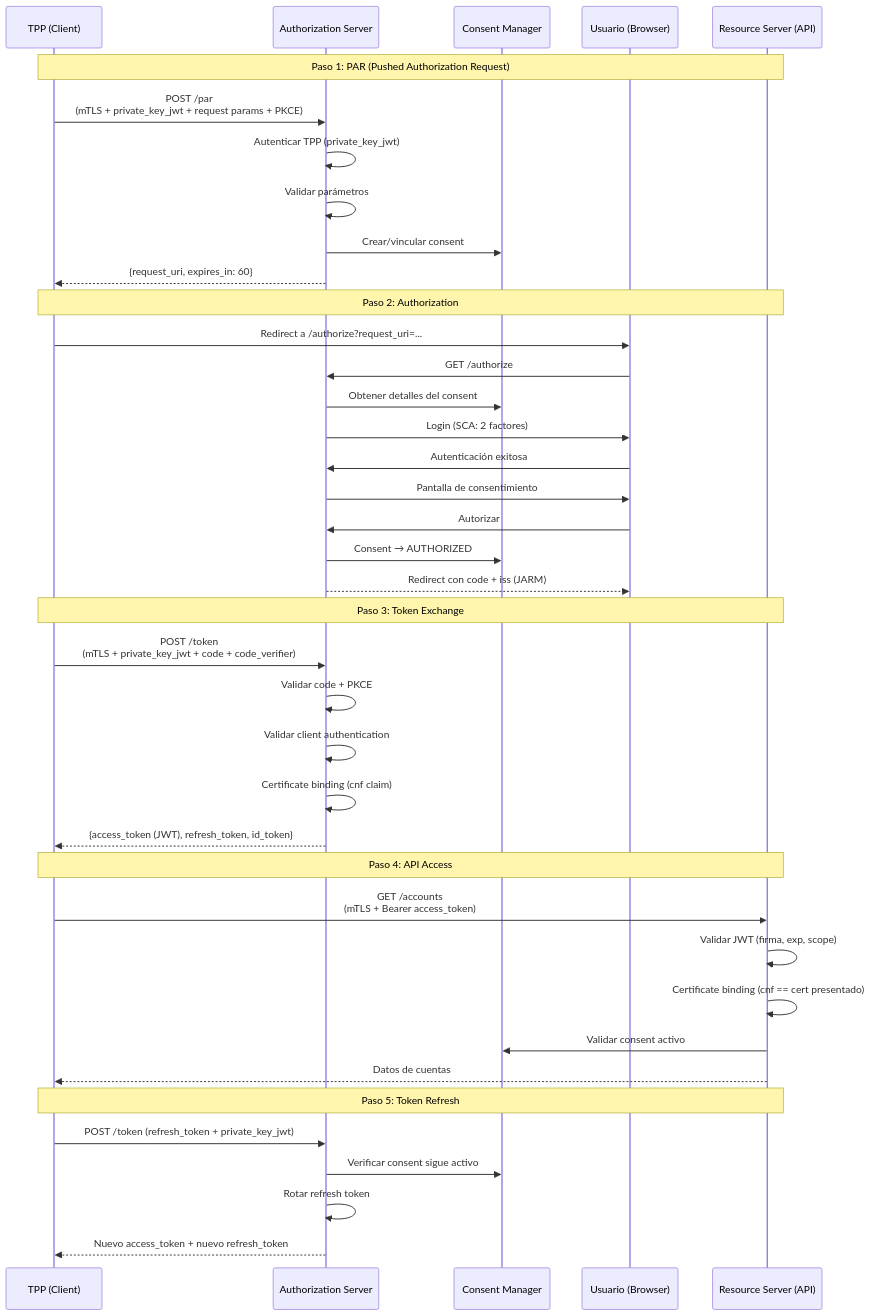
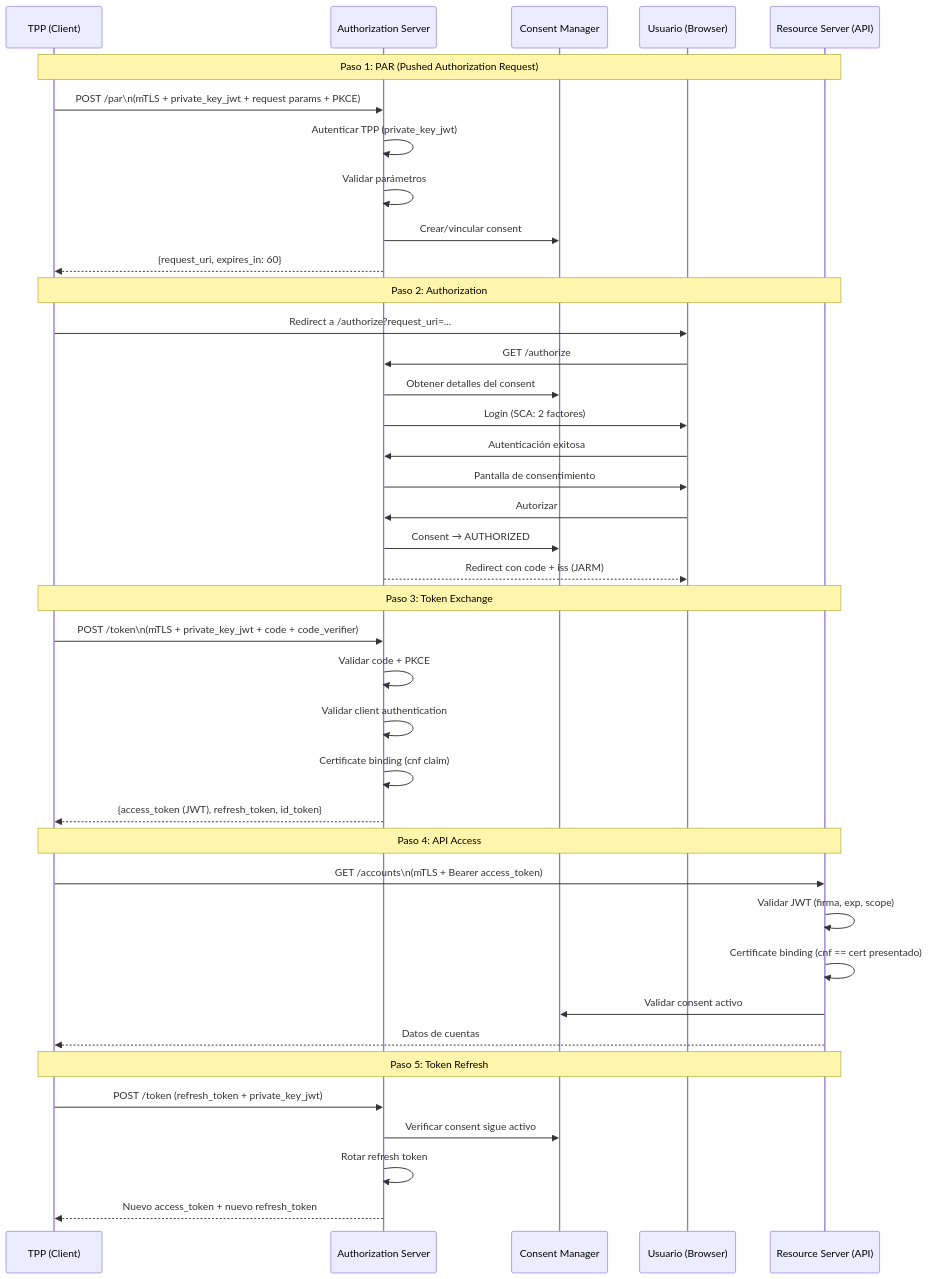
The ninth of 10 diagrams in docs/architecture/authorization-server-services.md (somospragma/integration-consent-manager), drawn with Mermaid before and after one commit. The commit also changed other lines of this file and 9 other files, not shown here.

Commit message:
fix: corregir diagramas Mermaid para GitHub + actualizar README con estructura completa

````diff
--- a/docs/architecture/authorization-server-services.md
+++ b/docs/architecture/authorization-server-services.md
@@ -677,46 +677,46 @@
 ```mermaid
 sequenceDiagram
     participant TPP as TPP (Client)
     participant AS as Authorization Server
     participant CM as Consent Manager
     participant U as Usuario (Browser)
     participant RS as Resource Server (API)
 
     Note over TPP,RS: Paso 1: PAR (Pushed Authorization Request)
-    TPP->>AS: POST /par<br/>(mTLS + private_key_jwt + request params + PKCE)
+    TPP->>AS: POST /par\n(mTLS + private_key_jwt + request params + PKCE)
     AS->>AS: Autenticar TPP (private_key_jwt)
     AS->>AS: Validar parámetros
     AS->>CM: Crear/vincular consent
     AS-->>TPP: {request_uri, expires_in: 60}
 
     Note over TPP,RS: Paso 2: Authorization
     TPP->>U: Redirect a /authorize?request_uri=...
     U->>AS: GET /authorize
     AS->>CM: Obtener detalles del consent
     AS->>U: Login (SCA: 2 factores)
     U->>AS: Autenticación exitosa
     AS->>U: Pantalla de consentimiento
     U->>AS: Autorizar
     AS->>CM: Consent → AUTHORIZED
     AS-->>U: Redirect con code + iss (JARM)
 
     Note over TPP,RS: Paso 3: Token Exchange
-    TPP->>AS: POST /token<br/>(mTLS + private_key_jwt + code + code_verifier)
+    TPP->>AS: POST /token\n(mTLS + private_key_jwt + code + code_verifier)
     AS->>AS: Validar code + PKCE
     AS->>AS: Validar client authentication
     AS->>AS: Certificate binding (cnf claim)
     AS-->>TPP: {access_token (JWT), refresh_token, id_token}
 
     Note over TPP,RS: Paso 4: API Access
-    TPP->>RS: GET /accounts<br/>(mTLS + Bearer access_token)
+    TPP->>RS: GET /accounts\n(mTLS + Bearer access_token)
     RS->>RS: Validar JWT (firma, exp, scope)
     RS->>RS: Certificate binding (cnf == cert presentado)
     RS->>CM: Validar consent activo
     RS-->>TPP: Datos de cuentas
 
     Note over TPP,RS: Paso 5: Token Refresh
     TPP->>AS: POST /token (refresh_token + private_key_jwt)
     AS->>CM: Verificar consent sigue activo
     AS->>AS: Rotar refresh token
     AS-->>TPP: Nuevo access_token + nuevo refresh_token
 ```
````
